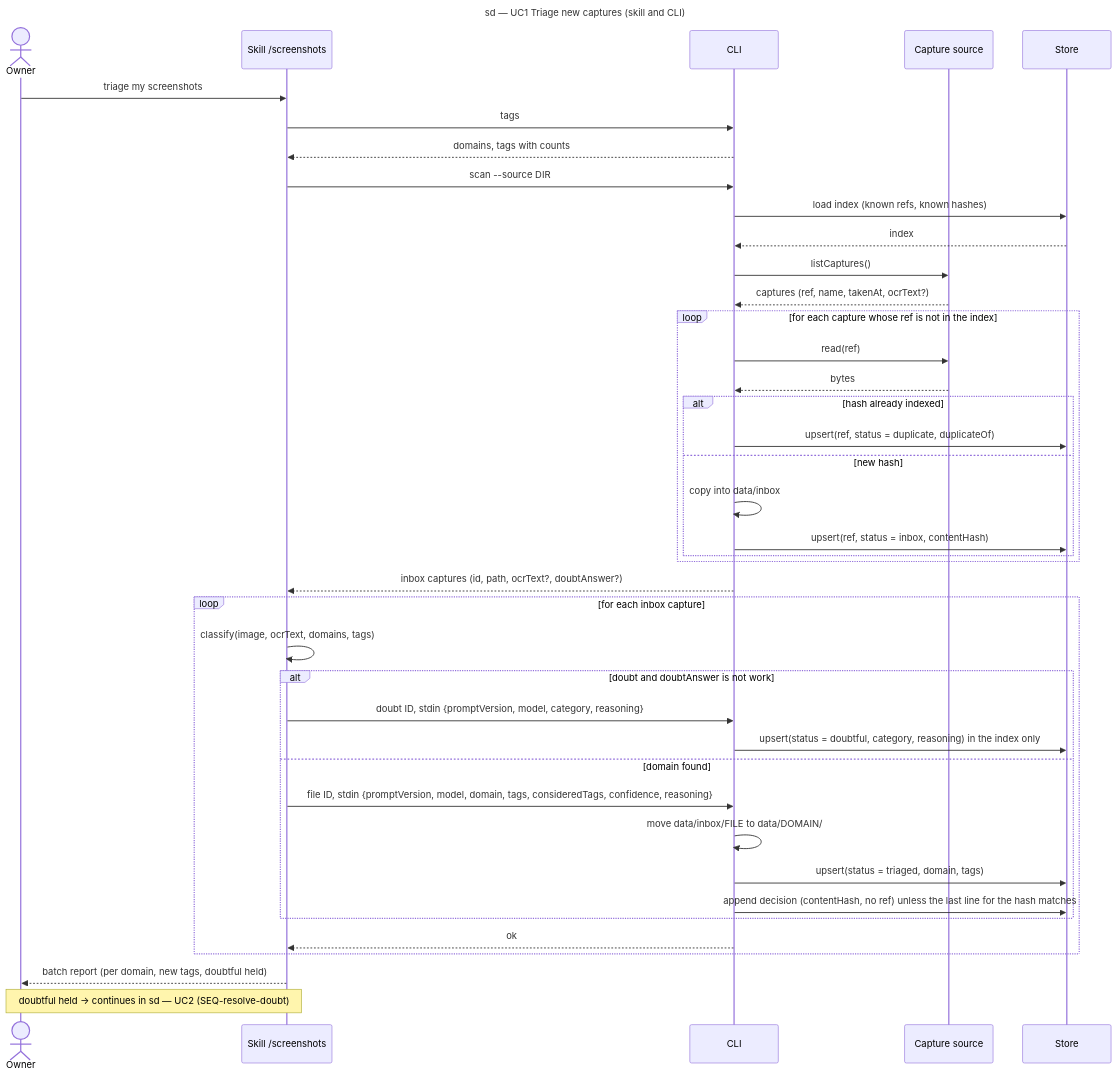
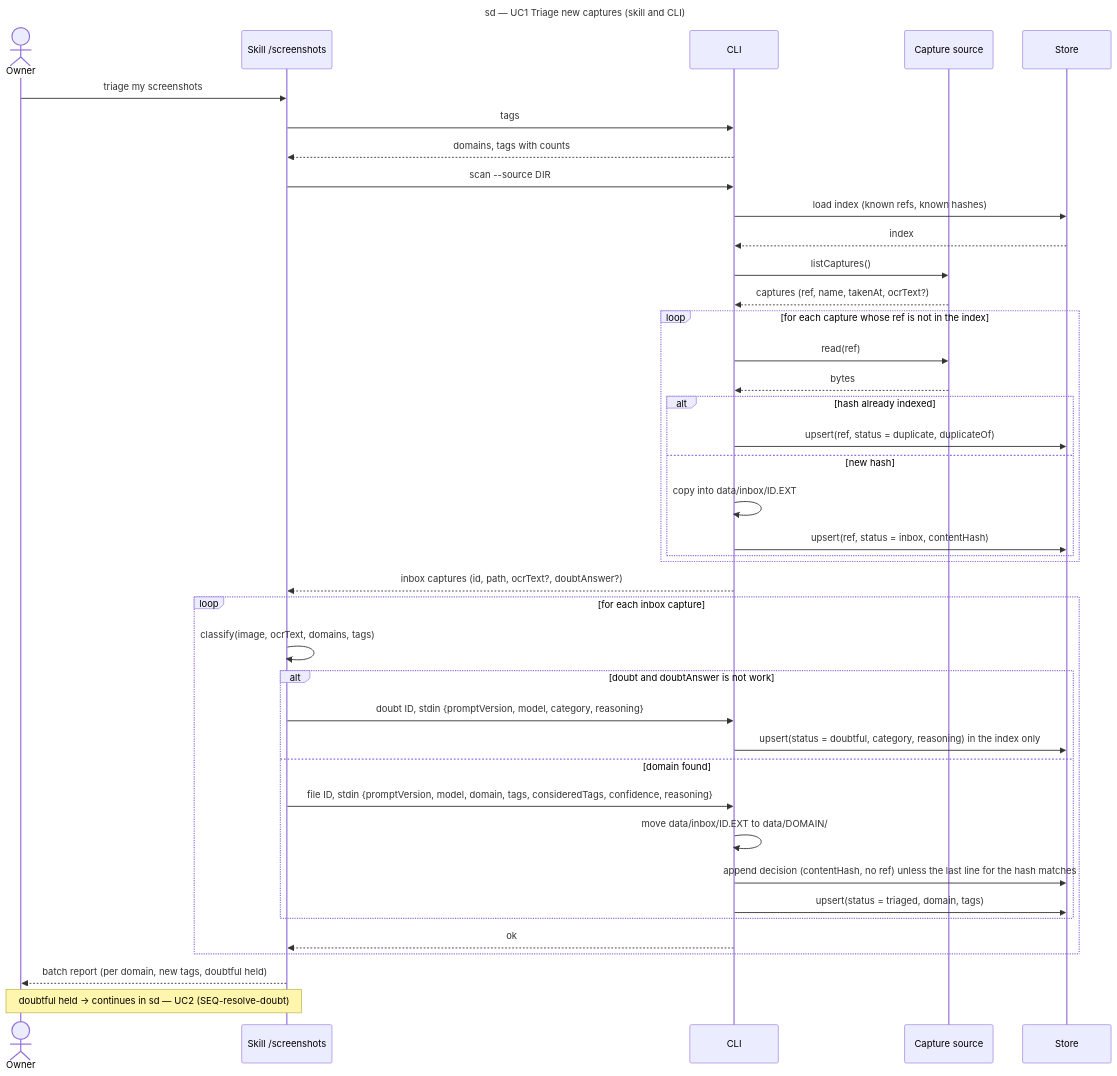
Before and after one commit to benoit-bremaud/screenshot-triage: the diagram in docs/architecture/diagrams/triage/02-sequence-triage-batch.md, drawn with Mermaid. The commit also changed other lines of this file and 10 other files, not shown here.

First line of the commit message:
docs(triage/architecture): name local copies by id and settle duplicates with their original

````diff
--- a/docs/architecture/diagrams/triage/02-sequence-triage-batch.md
+++ b/docs/architecture/diagrams/triage/02-sequence-triage-batch.md
@@ -14,43 +14,43 @@
 ```mermaid
 sequenceDiagram
   title sd — UC1 Triage new captures (skill and CLI)
   actor Owner
   participant Skill as Skill /screenshots
   participant CLI as CLI
   participant Source as Capture source
   participant Store as Store
   Owner->>Skill: triage my screenshots
   Skill->>CLI: tags
   CLI-->>Skill: domains, tags with counts
   Skill->>CLI: scan --source DIR
   CLI->>Store: load index (known refs, known hashes)
   Store-->>CLI: index
   CLI->>Source: listCaptures()
   Source-->>CLI: captures (ref, name, takenAt, ocrText?)
   loop for each capture whose ref is not in the index
     CLI->>Source: read(ref)
     Source-->>CLI: bytes
     alt hash already indexed
       CLI->>Store: upsert(ref, status = duplicate, duplicateOf)
     else new hash
-      CLI->>CLI: copy into data/inbox
+      CLI->>CLI: copy into data/inbox/ID.EXT
       CLI->>Store: upsert(ref, status = inbox, contentHash)
     end
   end
   CLI-->>Skill: inbox captures (id, path, ocrText?, doubtAnswer?)
   loop for each inbox capture
     Skill->>Skill: classify(image, ocrText, domains, tags)
     alt doubt and doubtAnswer is not work
       Skill->>CLI: doubt ID, stdin {promptVersion, model, category, reasoning}
       CLI->>Store: upsert(status = doubtful, category, reasoning) in the index only
     else domain found
       Skill->>CLI: file ID, stdin {promptVersion, model, domain, tags, consideredTags, confidence, reasoning}
-      CLI->>CLI: move data/inbox/FILE to data/DOMAIN/
+      CLI->>CLI: move data/inbox/ID.EXT to data/DOMAIN/
+      CLI->>Store: append decision (contentHash, no ref) unless the last line for the hash matches
       CLI->>Store: upsert(status = triaged, domain, tags)
-      CLI->>Store: append decision (contentHash, no ref) unless the last line for the hash matches
     end
     CLI-->>Skill: ok
   end
   Skill-->>Owner: batch report (per domain, new tags, doubtful held)
   Note over Owner,Skill: doubtful held → continues in sd — UC2 (SEQ-resolve-doubt)
 ```
````
